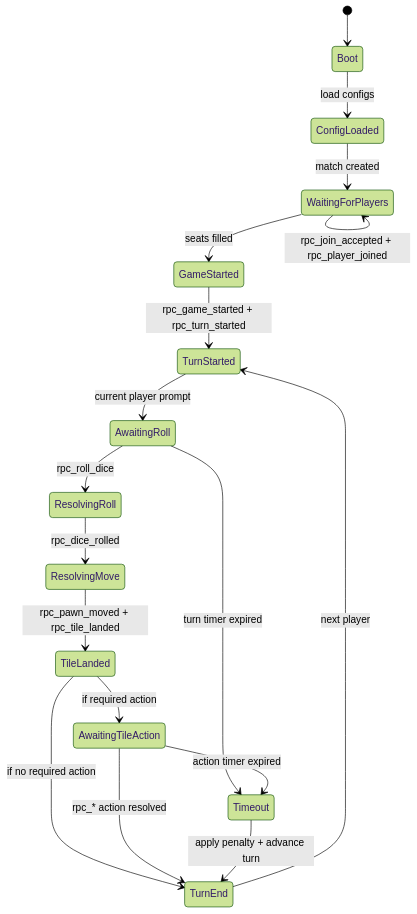
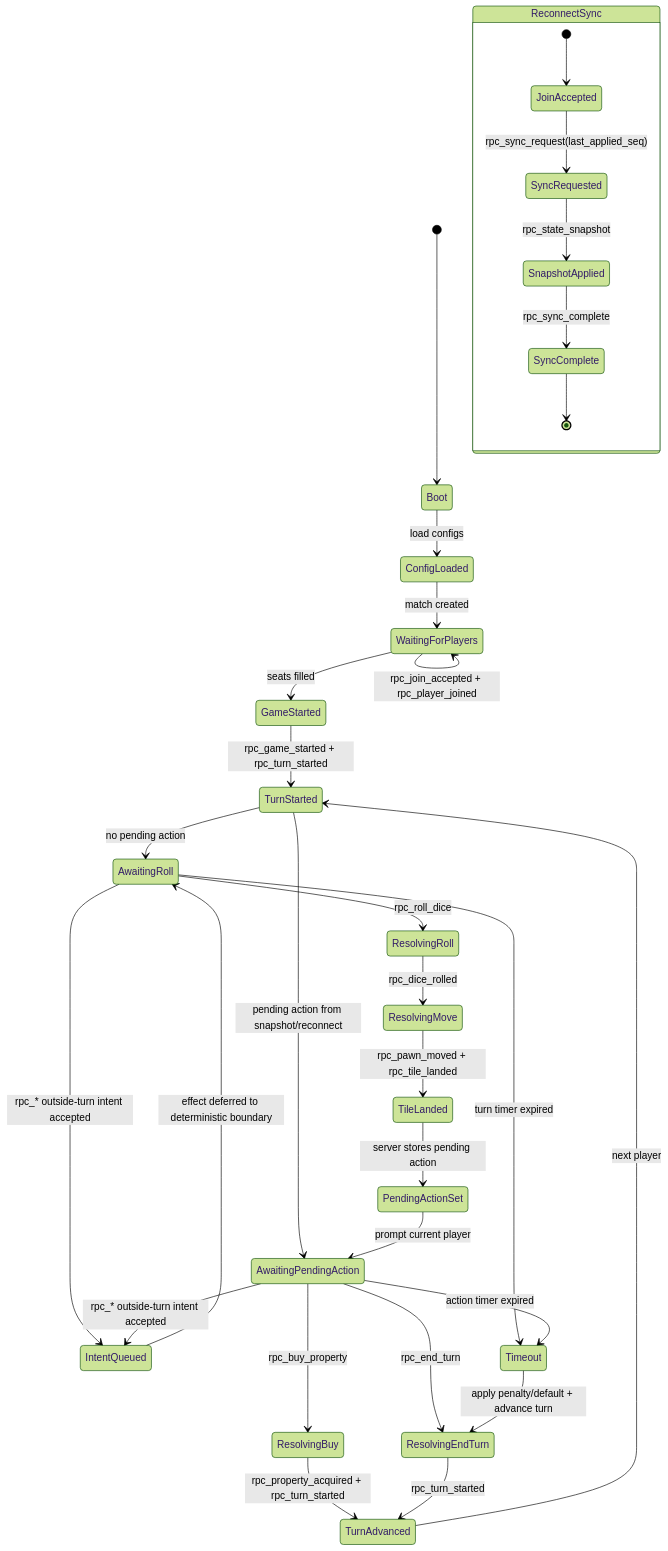
One commit to Falafel-Open-Games/evanopolis-ui-slice changed the diagram in docs/state-machine.md. Above: the diagram before and after it, drawn with Mermaid (forest theme). The commit also changed other lines of this file and 15 other files, not shown here.

First line of the commit message:
feat: add snapshot sync resume and buy/end-turn action flow

````diff
--- a/docs/state-machine.md
+++ b/docs/state-machine.md
@@ -5,23 +5,39 @@
 ```mermaid
 stateDiagram-v2
     [*] --> Boot
     Boot --> ConfigLoaded: load configs
     ConfigLoaded --> WaitingForPlayers: match created
     WaitingForPlayers --> WaitingForPlayers: rpc_join (reject invalid)
     WaitingForPlayers --> WaitingForPlayers: rpc_join_accepted + rpc_player_joined
     WaitingForPlayers --> GameStarted: seats filled
     GameStarted --> TurnStarted: rpc_game_started + rpc_turn_started
 
-    TurnStarted --> AwaitingRoll: current player prompt
+    TurnStarted --> AwaitingRoll: no pending action
+    TurnStarted --> AwaitingPendingAction: pending action from snapshot/reconnect
     AwaitingRoll --> ResolvingRoll: rpc_roll_dice
     ResolvingRoll --> ResolvingMove: rpc_dice_rolled
     ResolvingMove --> TileLanded: rpc_pawn_moved + rpc_tile_landed
-    TileLanded --> AwaitingTileAction: if required action
-    TileLanded --> TurnEnd: if no required action
-    AwaitingTileAction --> TurnEnd: rpc_* action resolved
-    TurnEnd --> TurnStarted: next player
+    TileLanded --> PendingActionSet: server stores pending action
+    PendingActionSet --> AwaitingPendingAction: prompt current player
+    AwaitingPendingAction --> ResolvingBuy: rpc_buy_property
+    AwaitingPendingAction --> ResolvingEndTurn: rpc_end_turn
+    ResolvingBuy --> TurnAdvanced: rpc_property_acquired + rpc_turn_started
+    ResolvingEndTurn --> TurnAdvanced: rpc_turn_started
+    TurnAdvanced --> TurnStarted: next player
+
+    AwaitingRoll --> IntentQueued: rpc_* outside-turn intent accepted
+    AwaitingPendingAction --> IntentQueued: rpc_* outside-turn intent accepted
+    IntentQueued --> AwaitingRoll: effect deferred to deterministic boundary
 
     AwaitingRoll --> Timeout: turn timer expired
-    AwaitingTileAction --> Timeout: action timer expired
-    Timeout --> TurnEnd: apply penalty + advance turn
+    AwaitingPendingAction --> Timeout: action timer expired
+    Timeout --> ResolvingEndTurn: apply penalty/default + advance turn
+
+    state ReconnectSync {
+      [*] --> JoinAccepted
+      JoinAccepted --> SyncRequested: rpc_sync_request(last_applied_seq)
+      SyncRequested --> SnapshotApplied: rpc_state_snapshot
+      SnapshotApplied --> SyncComplete: rpc_sync_complete
+      SyncComplete --> [*]
+    }
 ```
````
